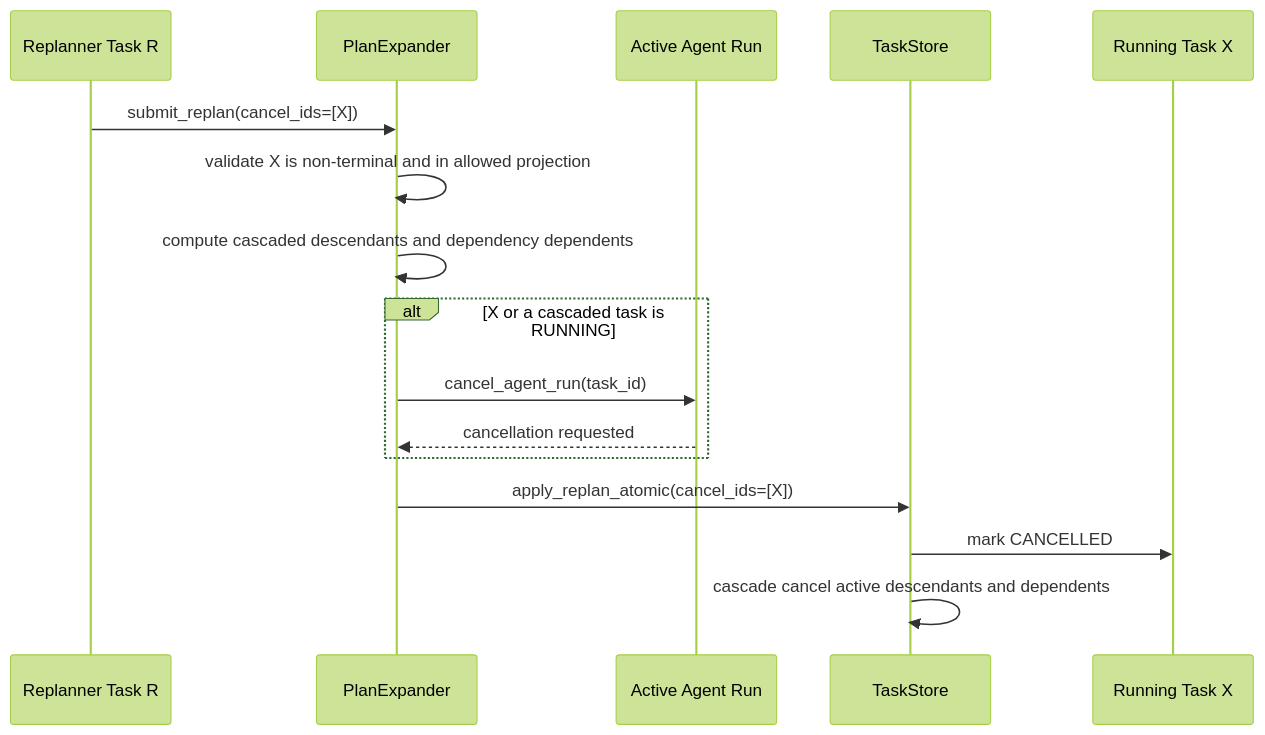
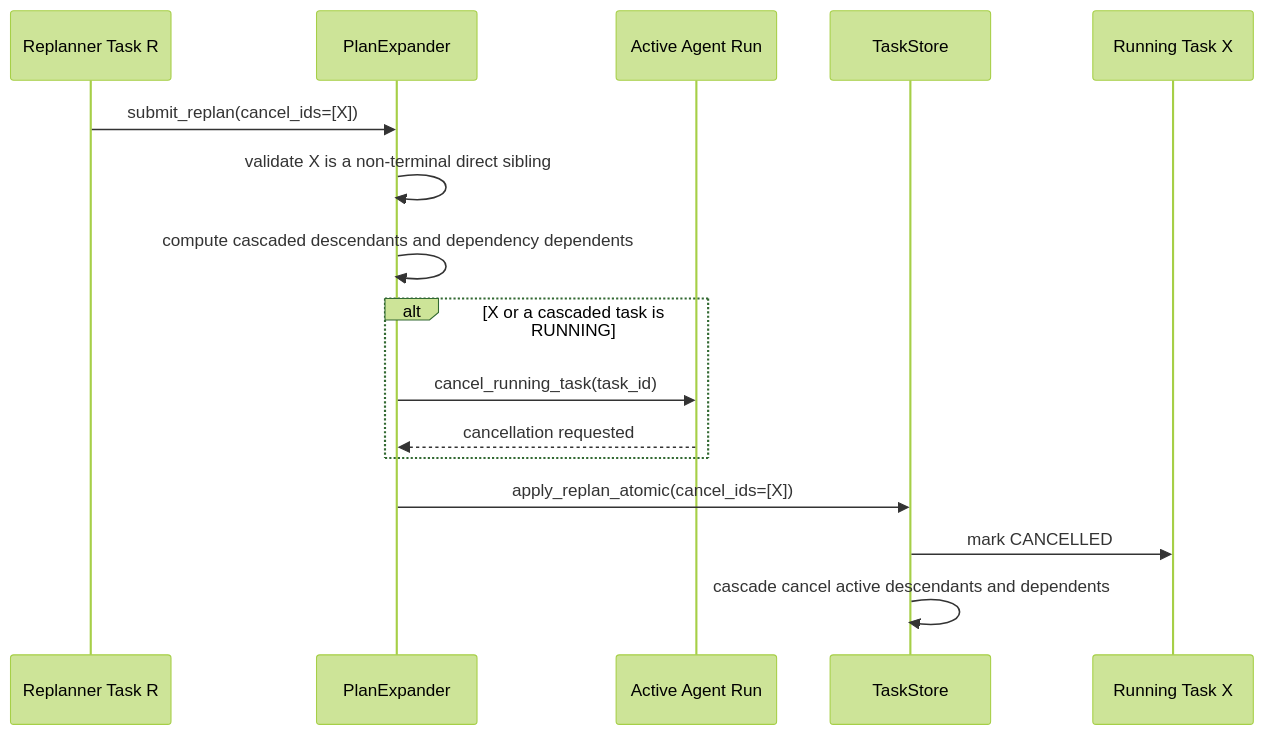
Before and after one commit to Ephemeral-AI-Lab/ephemeral-os: the fifth of 7 diagrams in docs/architecture/replan-workflow-sequence-diagrams.md, drawn with Mermaid (forest theme). The commit also changed other lines of this file and 22 other files, not shown here.

````diff
--- a/docs/architecture/replan-workflow-sequence-diagrams.md
+++ b/docs/architecture/replan-workflow-sequence-diagrams.md
@@ -222,21 +229,21 @@
 ```mermaid
 sequenceDiagram
     participant R as Replanner Task R
     participant PE as PlanExpander
     participant Run as Active Agent Run
     participant TS as TaskStore
     participant X as Running Task X
 
     R->>PE: submit_replan(cancel_ids=[X])
-    PE->>PE: validate X is non-terminal and in allowed projection
+    PE->>PE: validate X is a non-terminal direct sibling
     PE->>PE: compute cascaded descendants and dependency dependents
 
     alt X or a cascaded task is RUNNING
-        PE->>Run: cancel_agent_run(task_id)
+        PE->>Run: cancel_running_task(task_id)
         Run-->>PE: cancellation requested
     end
 
     PE->>TS: apply_replan_atomic(cancel_ids=[X])
     TS->>X: mark CANCELLED
     TS->>TS: cascade cancel active descendants and dependents
 ```
````
